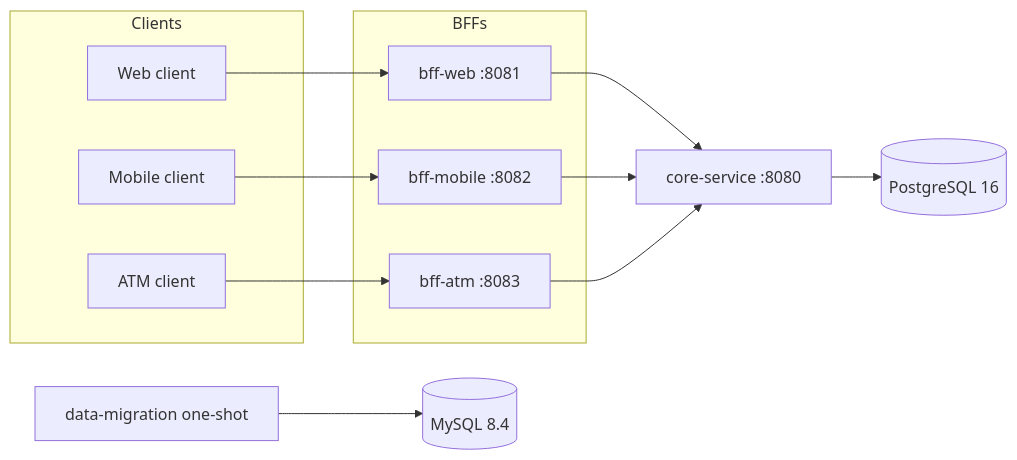
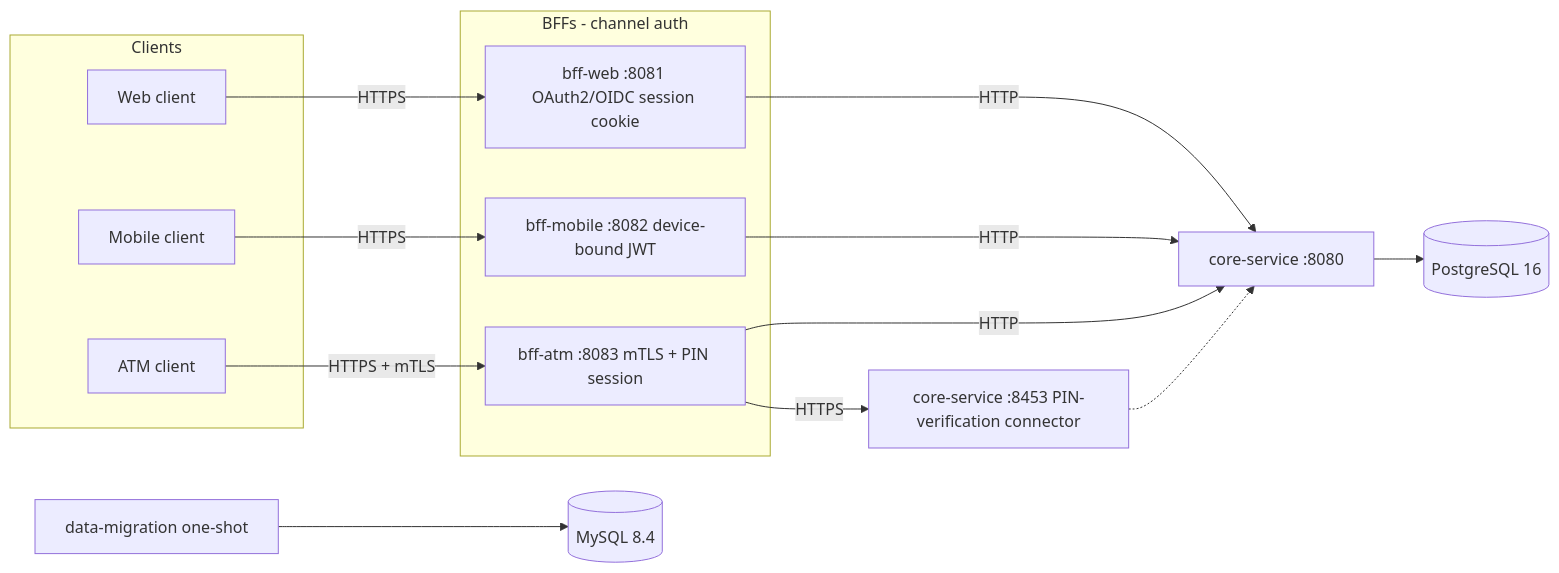
Before and after one commit to L0ncho/xyz_bank_server: the diagram in README.md, drawn with Mermaid. The commit also changed other lines of this file, not shown here.

Commit message:
chore: update project topology at main README

````diff
--- a/README.md
+++ b/README.md
@@ -17,28 +19,31 @@
 ```mermaid
 flowchart LR
   subgraph clients [Clients]
     WebClient[Web client]
     MobileClient[Mobile client]
     AtmClient[ATM client]
   end
 
-  subgraph bffs [BFFs]
-    BffWeb[bff-web :8081]
-    BffMobile[bff-mobile :8082]
-    BffAtm[bff-atm :8083]
+  subgraph bffs [BFFs - channel auth]
+    BffWeb[bff-web :8081 OAuth2/OIDC session cookie]
+    BffMobile[bff-mobile :8082 device-bound JWT]
+    BffAtm[bff-atm :8083 mTLS + PIN session]
   end
 
   CoreService[core-service :8080]
+  CoreServicePin[core-service :8453 PIN-verification connector]
   Postgres[(PostgreSQL 16)]
   MySQL[(MySQL 8.4)]
   Migration[data-migration one-shot]
 
-  WebClient --> BffWeb
-  MobileClient --> BffMobile
-  AtmClient --> BffAtm
-  BffWeb --> CoreService
-  BffMobile --> CoreService
-  BffAtm --> CoreService
+  WebClient -- HTTPS --> BffWeb
+  MobileClient -- HTTPS --> BffMobile
+  AtmClient -- HTTPS + mTLS --> BffAtm
+  BffWeb -- HTTP --> CoreService
+  BffMobile -- HTTP --> CoreService
+  BffAtm -- HTTP --> CoreService
+  BffAtm -- HTTPS --> CoreServicePin
   CoreService --> Postgres
+  CoreServicePin -.-> CoreService
   Migration --> MySQL
 ```
````
